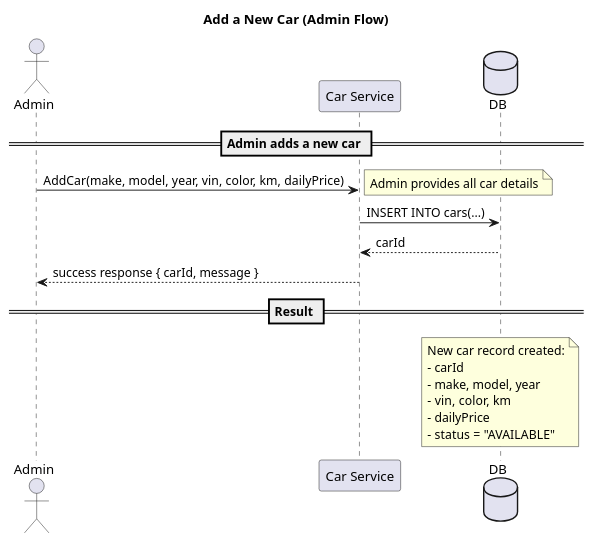
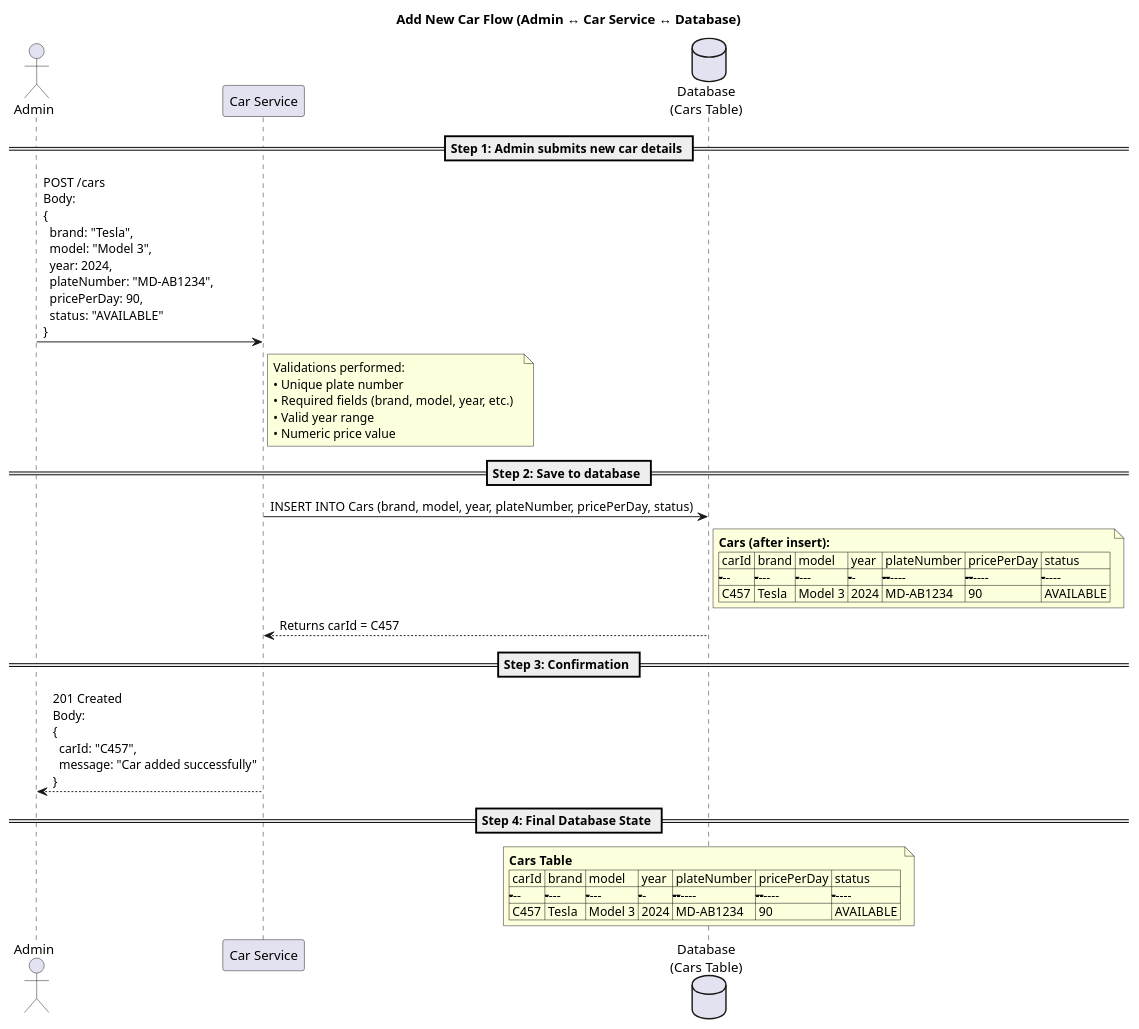
The diagram in docs/architecture/flows/add_new_car.puml (startupdev-org/LevelAutoRental), drawn with PlantUML before and after one commit.

Commit message:
Add the flow for adding a new car

```diff
--- a/docs/architecture/flows/add_new_car.puml
+++ b/docs/architecture/flows/add_new_car.puml
@@ -1,25 +1,41 @@
 @startuml
-title Add a New Car (Admin Flow)
+title Add New Car Flow (Admin ↔ Car Service ↔ Database)
 
 actor Admin
 participant "Car Service" as CarService
-database DB
+database DB as "Database\n(Cars Table)"
 
-== Admin adds a new car ==
+== Step 1: Admin submits new car details ==
+Admin -> CarService: POST /cars\nBody:\n{\n  brand: "Tesla",\n  model: "Model 3",\n  year: 2024,\n  plateNumber: "MD-AB1234",\n  pricePerDay: 90,\n  status: "AVAILABLE"\n}
 
-Admin -> CarService: AddCar(make, model, year, vin, color, km, dailyPrice)
-note right: Admin provides all car details
-CarService -> DB: INSERT INTO cars(...)
-DB --> CarService: carId
-CarService --> Admin: success response { carId, message }
+note right of CarService
+Validations performed:
+• Unique plate number  
+• Required fields (brand, model, year, etc.)  
+• Valid year range  
+• Numeric price value
+end note
 
-== Result ==
+== Step 2: Save to database ==
+CarService -> DB: INSERT INTO Cars (brand, model, year, plateNumber, pricePerDay, status)
+
+note right of DB
+**Cars (after insert):**
+| carId | brand | model | year | plateNumber | pricePerDay | status |
+|-------|--------|--------|------|--------------|--------------|---------|
+| C457 | Tesla | Model 3 | 2024 | MD-AB1234 | 90 | AVAILABLE |
+end note
+
+DB --> CarService: Returns carId = C457
+
+== Step 3: Confirmation ==
+CarService --> Admin: 201 Created\nBody:\n{\n  carId: "C457",\n  message: "Car added successfully"\n}
+
+== Step 4: Final Database State ==
 note over DB
-New car record created:
-- carId
-- make, model, year
-- vin, color, km
-- dailyPrice
-- status = "AVAILABLE"
+**Cars Table**
+| carId | brand | model | year | plateNumber | pricePerDay | status |
+|-------|--------|--------|------|--------------|--------------|---------|
+| C457 | Tesla | Model 3 | 2024 | MD-AB1234 | 90 | AVAILABLE |
 end note
 @enduml
```
